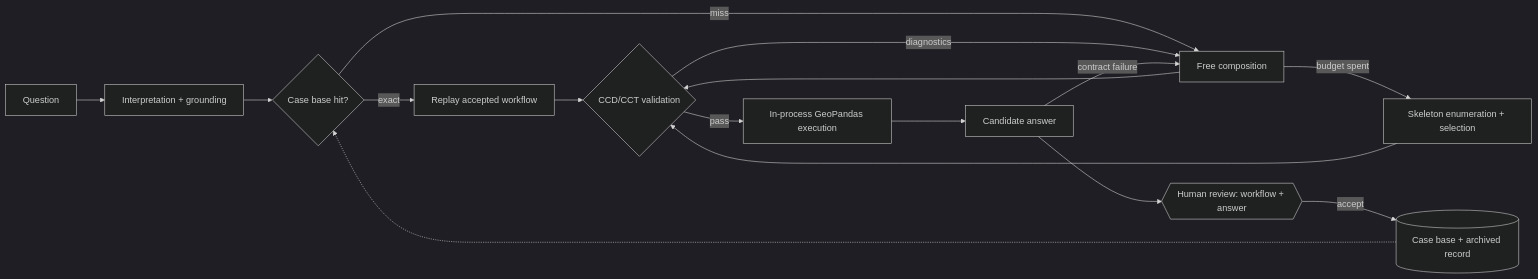
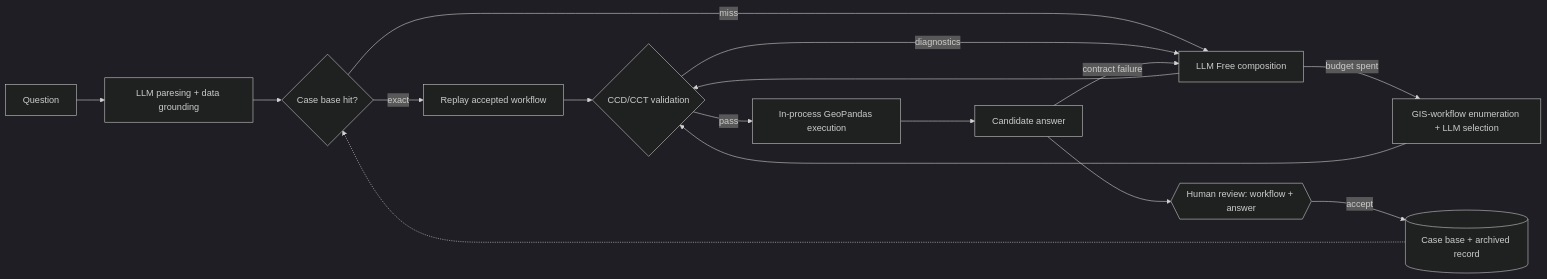
The diagram in README.md (CharlieWang609/GeoQA-Agent4Amsterdam), drawn with Mermaid (dark theme) before and after one commit. The commit also changed other lines of this file, not shown here.

First line of the commit message:
Revise README for workflow

````diff
--- a/README.md
+++ b/README.md
@@ -25,18 +25,18 @@
 ```mermaid
 flowchart LR
-    Q[Question] --> I[Interpretation + grounding]
+    Q[Question] --> I[LLM paresing + data grounding]
     I --> RT{Case base hit?}
     RT -- exact --> RP[Replay accepted workflow]
-    RT -- miss --> P[Free composition]
+    RT -- miss --> P[LLM Free composition]
     P --> V{CCD/CCT validation}
     V -- diagnostics --> P
-    P -- budget spent --> E[Skeleton enumeration + selection]
+    P -- budget spent --> E[GIS-workflow enumeration + LLM selection]
     E --> V
     RP --> V
     V -- pass --> X[In-process GeoPandas execution]
     X --> C[Candidate answer]
     C -- contract failure --> P
     C --> H{{Human review: workflow + answer}}
     H -- accept --> R[(Case base + archived record)]
     R -.-> RT
 ```
````
